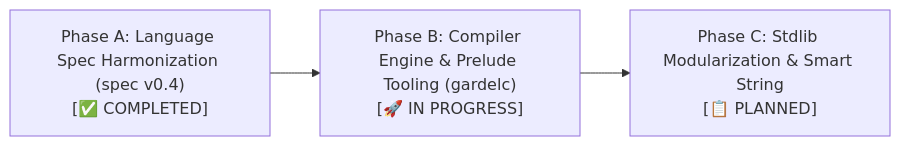
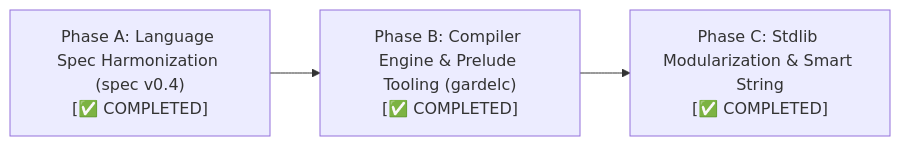
Before and after one commit to GardelPL/gardel: the fifth of 5 diagrams in spec/gardel_language_specification_draft_v0_4.md, drawn with Mermaid. The commit also changed other lines of this file and 10 other files, not shown here.

Commit message:
Updated code and Roadmap.

````diff
--- a/spec/gardel_language_specification_draft_v0_4.md
+++ b/spec/gardel_language_specification_draft_v0_4.md
@@ -2752,5 +2752,5 @@
 ```mermaid
 flowchart LR
-    A["Phase A: Language Spec Harmonization (spec v0.4)\n[✅ COMPLETED]"] --> B["Phase B: Compiler Engine & Prelude Tooling (gardelc)\n[🚀 IN PROGRESS]"]
-    B --> C["Phase C: Stdlib Modularization & Smart String\n[📋 PLANNED]"]
+    A["Phase A: Language Spec Harmonization (spec v0.4)\n[✅ COMPLETED]"] --> B["Phase B: Compiler Engine & Prelude Tooling (gardelc)\n[✅ COMPLETED]"]
+    B --> C["Phase C: Stdlib Modularization & Smart String\n[✅ COMPLETED]"]
 ```
````
